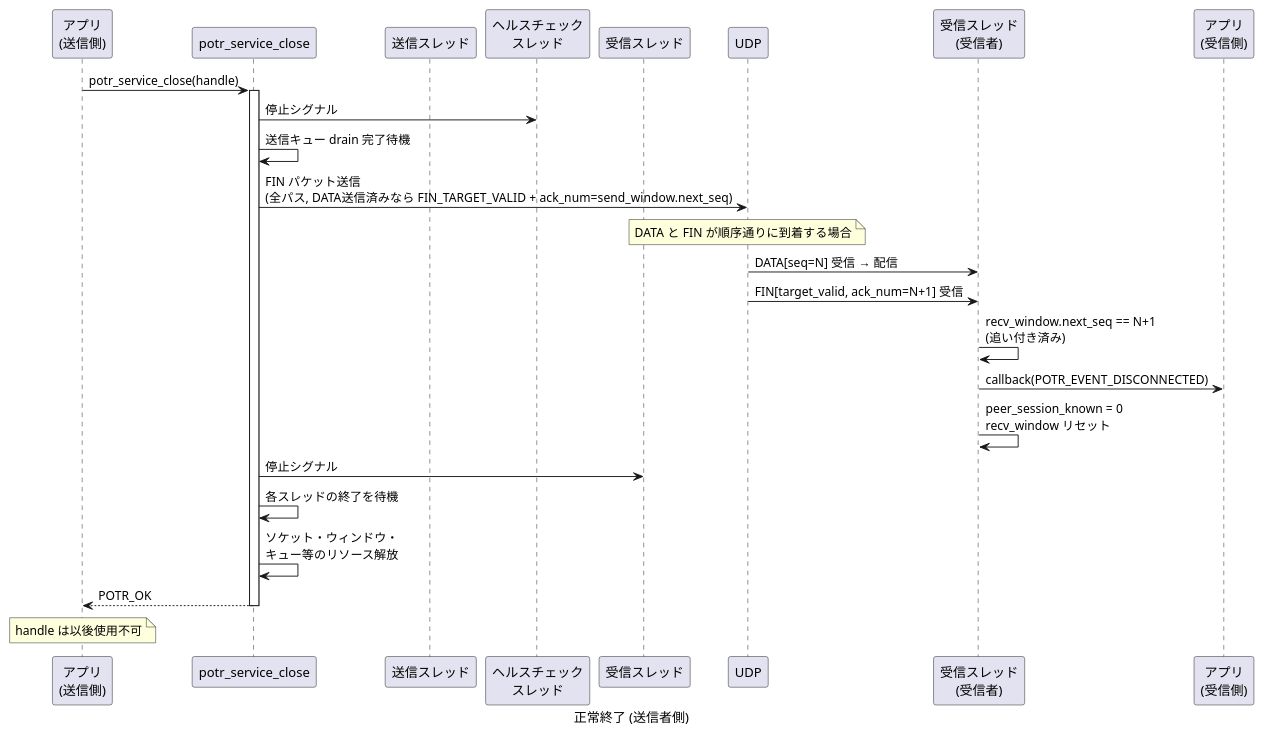
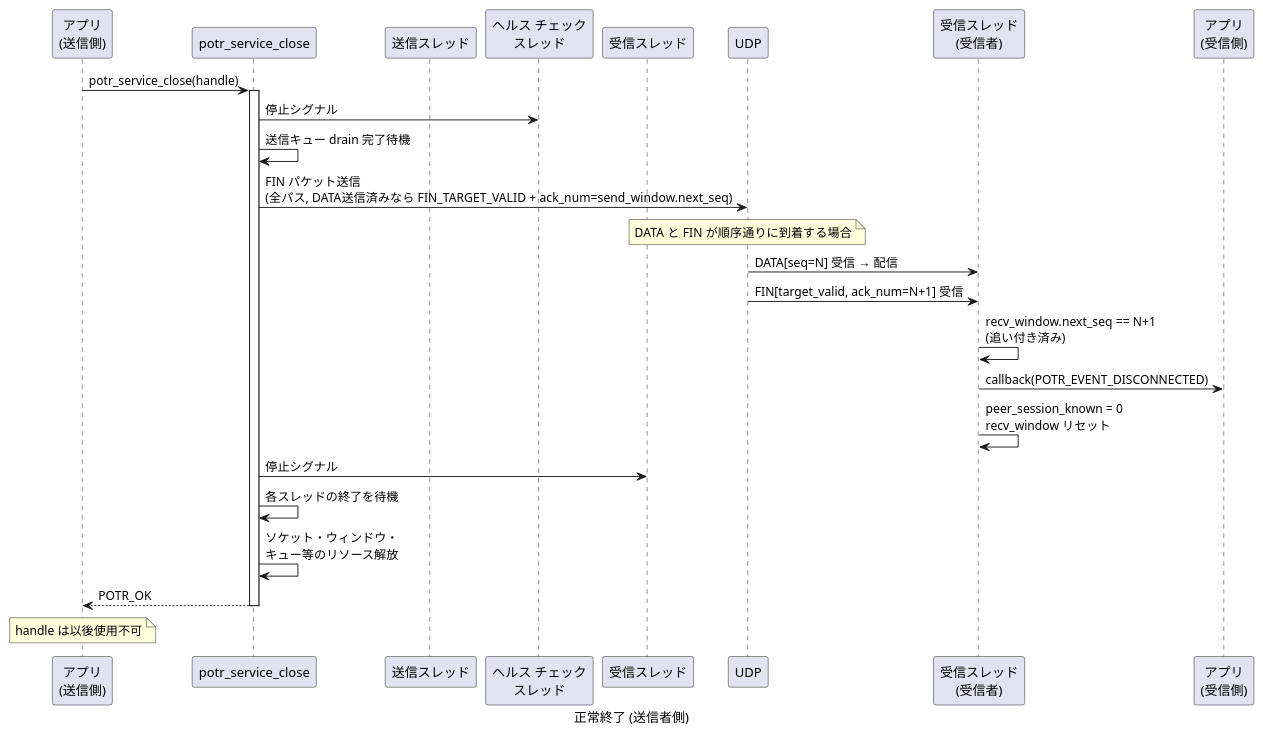
One commit to Hondarer/app_porter changed the third of 6 diagrams in docs/sequence-lifecycle.md. Above: the diagram before and after it, drawn with PlantUML. The commit also changed other lines of this file and 73 other files, not shown here.

````diff
--- a/docs/sequence-lifecycle.md
+++ b/docs/sequence-lifecycle.md
@@ -83,40 +83,40 @@
 ```plantuml
 @startuml 正常終了 (送信者側)
 caption 正常終了 (送信者側)
 
 participant "アプリ\n(送信側)" as SAPP
 participant "potr_service_close" as CLOSE
 participant "送信スレッド" as ST
-participant "ヘルスチェック\nスレッド" as HT
+participant "ヘルス チェック\nスレッド" as HT
 participant "受信スレッド" as RT
 participant "UDP" as UDP
 participant "受信スレッド\n(受信者)" as RRT
 participant "アプリ\n(受信側)" as RAPP
 
 SAPP -> CLOSE: potr_service_close(handle)
 activate CLOSE
 
 CLOSE -> HT: 停止シグナル
 CLOSE -> CLOSE: 送信キュー drain 完了待機
 
 CLOSE -> UDP: FIN パケット送信\n(全パス, DATA送信済みなら FIN_TARGET_VALID + ack_num=send_window.next_seq)
 
 note over UDP: DATA と FIN が順序通りに到着する場合
 UDP -> RRT: DATA[seq=N] 受信 → 配信
 UDP -> RRT: FIN[target_valid, ack_num=N+1] 受信
 RRT -> RRT: recv_window.next_seq == N+1\n(追い付き済み)
 RRT -> RAPP: callback(POTR_EVENT_DISCONNECTED)
 RRT -> RRT: peer_session_known = 0\nrecv_window リセット
 
 CLOSE -> RT: 停止シグナル
 
 CLOSE -> CLOSE: 各スレッドの終了を待機
 CLOSE -> CLOSE: ソケット・ウィンドウ・\nキュー等のリソース解放
 
 CLOSE --> SAPP: POTR_OK
 deactivate CLOSE
 
 note over SAPP: handle は以後使用不可
 
 @enduml
 ```
````
